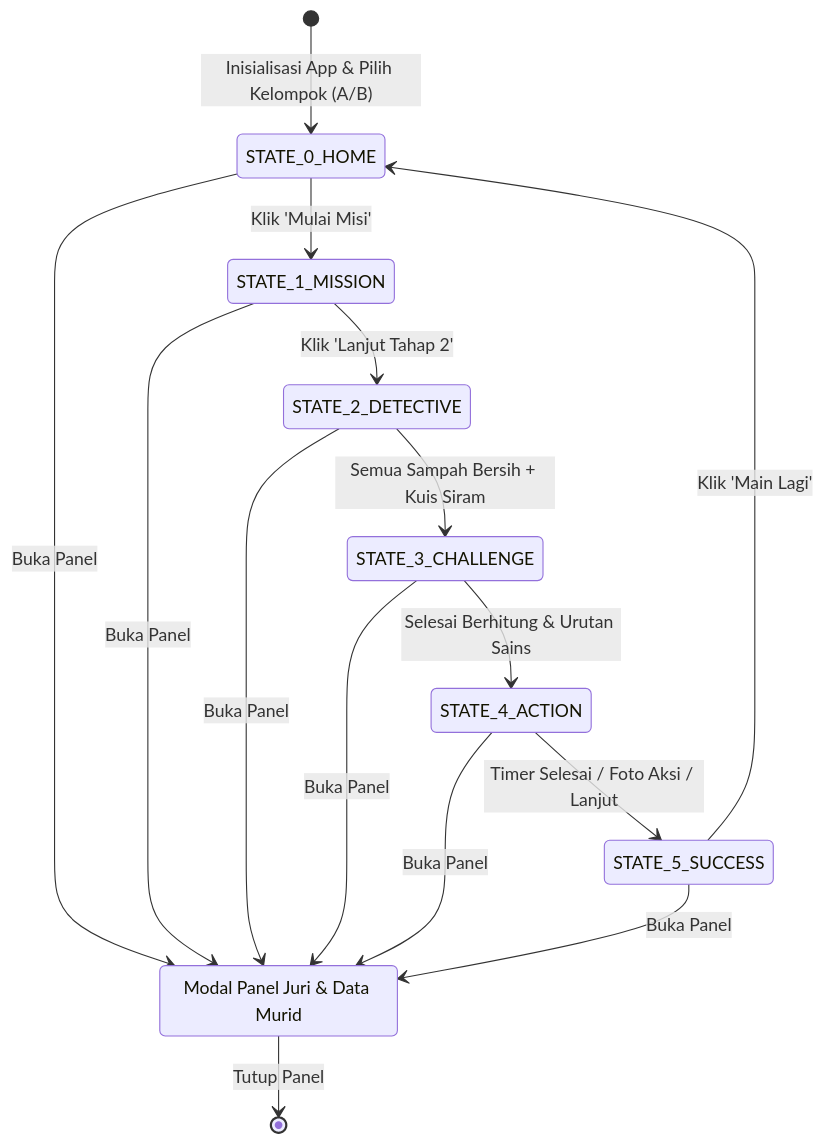
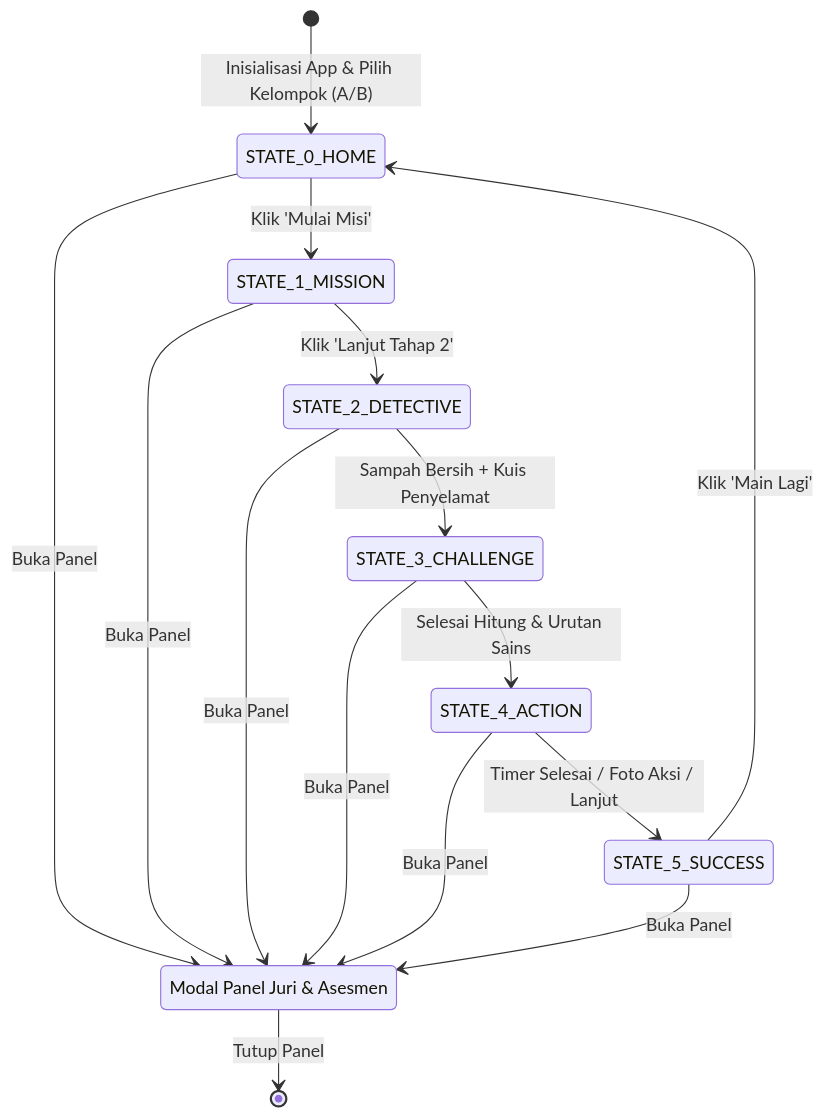
The second of 2 diagrams in docs/03_architecture/system_architecture.md (bud1purwanto/Misi-Cilik-Games-Edukasi), drawn with Mermaid before and after one commit. The commit also changed other lines of this file and 8 other files, not shown here.

Commit message:
docs: perbarui spesifikasi teknis dan kurikulum sesuai revisi prioritas mbak ratih (objek numerasi 4 tema, diferensiasi sampah 4 vs 6, asesmen bukti pengamatan, dan dual-mode)

````diff
--- a/docs/03_architecture/system_architecture.md
+++ b/docs/03_architecture/system_architecture.md
@@ -59,20 +88,20 @@
 ```mermaid
 stateDiagram-v2
     [*] --> STATE_0_HOME: Inisialisasi App & Pilih Kelompok (A/B)
     
     STATE_0_HOME --> STATE_1_MISSION: Klik 'Mulai Misi'
     STATE_1_MISSION --> STATE_2_DETECTIVE: Klik 'Lanjut Tahap 2'
-    STATE_2_DETECTIVE --> STATE_3_CHALLENGE: Semua Sampah Bersih + Kuis Siram
-    STATE_3_CHALLENGE --> STATE_4_ACTION: Selesai Berhitung & Urutan Sains
+    STATE_2_DETECTIVE --> STATE_3_CHALLENGE: Sampah Bersih + Kuis Penyelamat
+    STATE_3_CHALLENGE --> STATE_4_ACTION: Selesai Hitung & Urutan Sains
     STATE_4_ACTION --> STATE_5_SUCCESS: Timer Selesai / Foto Aksi / Lanjut
     STATE_5_SUCCESS --> STATE_0_HOME: Klik 'Main Lagi'
 
-    state "Modal Panel Juri & Data Murid" as MODAL_JURY
+    state "Modal Panel Juri & Asesmen" as MODAL_JURY
     STATE_0_HOME --> MODAL_JURY: Buka Panel
     STATE_1_MISSION --> MODAL_JURY: Buka Panel
     STATE_2_DETECTIVE --> MODAL_JURY: Buka Panel
     STATE_3_CHALLENGE --> MODAL_JURY: Buka Panel
     STATE_4_ACTION --> MODAL_JURY: Buka Panel
     STATE_5_SUCCESS --> MODAL_JURY: Buka Panel
     MODAL_JURY --> [*]: Tutup Panel
 ```
````
